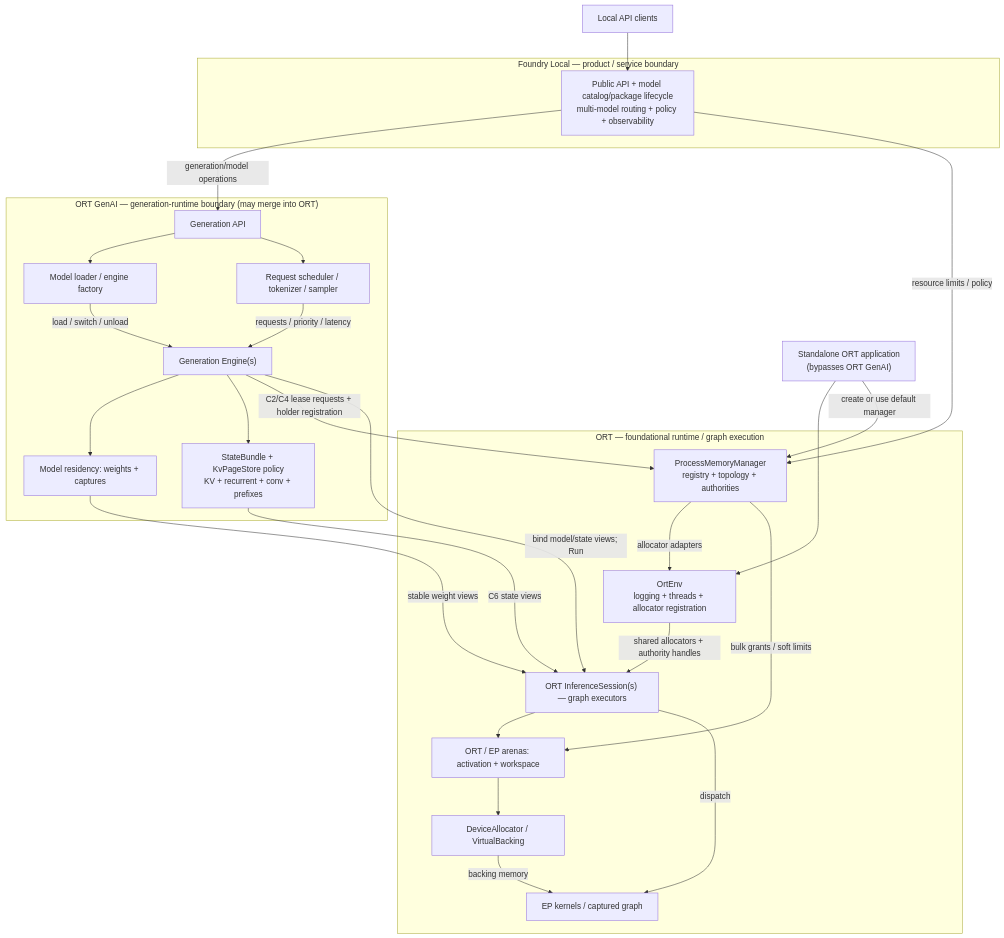
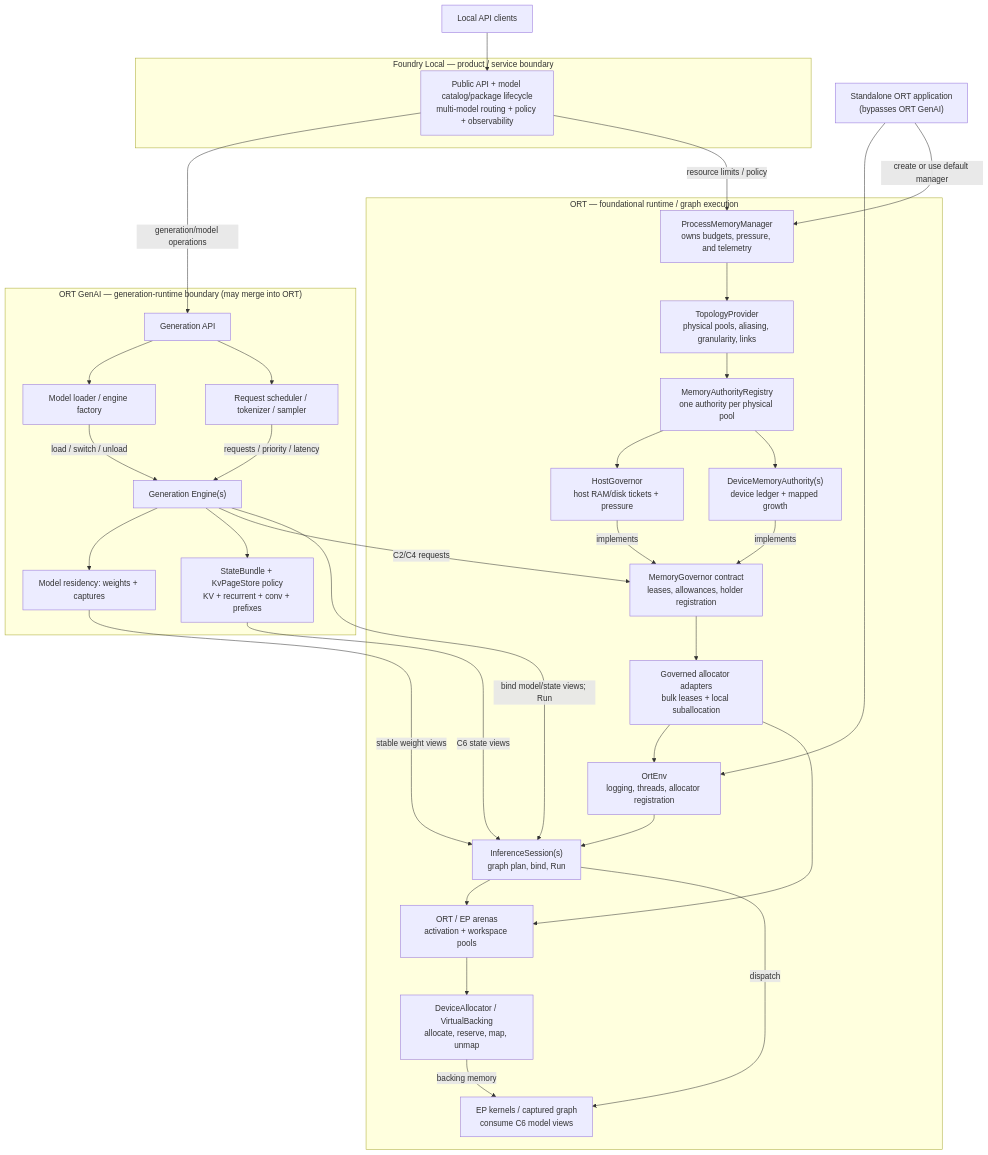
One commit to justinchuby/onnx-genai changed the diagram in docs/MEMORY_MANAGEMENT_MODEL_DESIGN.md. Above: the diagram before and after it, drawn with Mermaid. The commit also changed other lines of this file, not shown here.

Commit message:
docs: expose memory governance entities

````diff
--- a/docs/MEMORY_MANAGEMENT_MODEL_DESIGN.md
+++ b/docs/MEMORY_MANAGEMENT_MODEL_DESIGN.md
@@ -56,49 +56,62 @@
 ```mermaid
 flowchart TD
     Client["Local API clients"] --> Foundry
     Standalone["Standalone ORT application<br/>(bypasses ORT GenAI)"]
 
     subgraph Product["Foundry Local — product / service boundary"]
         Foundry["Public API + model catalog/package lifecycle<br/>multi-model routing + policy + observability"]
     end
 
     subgraph Generation["ORT GenAI — generation-runtime boundary (may merge into ORT)"]
         GenApi["Generation API"]
         ModelRuntime["Model loader / engine factory"]
         RequestRuntime["Request scheduler / tokenizer / sampler"]
         Engine["Generation Engine(s)"]
         Weights["Model residency: weights + captures"]
         State["StateBundle + KvPageStore policy<br/>KV + recurrent + conv + prefixes"]
         GenApi --> ModelRuntime
         GenApi --> RequestRuntime
         ModelRuntime -->|"load / switch / unload"| Engine
         RequestRuntime -->|"requests / priority / latency"| Engine
         Engine --> Weights
         Engine --> State
     end
 
     subgraph ORTCore["ORT — foundational runtime / graph execution"]
-        Memory["ProcessMemoryManager<br/>registry + topology + authorities"]
-        Env["OrtEnv<br/>logging + threads + allocator registration"]
-        Session["ORT InferenceSession(s) — graph executors"]
-        Arenas["ORT / EP arenas: activation + workspace"]
-        Allocators["DeviceAllocator / VirtualBacking"]
-        Kernels["EP kernels / captured graph"]
-        Memory -->|"allocator adapters"| Env
-        Env -->|"shared allocators + authority handles"| Session
-        Memory -->|"bulk grants / soft limits"| Arenas
+        Memory["ProcessMemoryManager<br/>owns budgets, pressure, and telemetry"]
+        Topology["TopologyProvider<br/>physical pools, aliasing, granularity, links"]
+        Registry["MemoryAuthorityRegistry<br/>one authority per physical pool"]
+        Host["HostGovernor<br/>host RAM/disk tickets + pressure"]
+        Device["DeviceMemoryAuthority(s)<br/>device ledger + mapped growth"]
+        LeaseAPI["MemoryGovernor contract<br/>leases, allowances, holder registration"]
+        Adapters["Governed allocator adapters<br/>bulk leases + local suballocation"]
+        Env["OrtEnv<br/>logging, threads, allocator registration"]
+        Session["InferenceSession(s)<br/>graph plan, bind, Run"]
+        Arenas["ORT / EP arenas<br/>activation + workspace pools"]
+        Allocators["DeviceAllocator / VirtualBacking<br/>allocate, reserve, map, unmap"]
+        Kernels["EP kernels / captured graph<br/>consume C6 model views"]
+        Memory --> Topology
+        Topology --> Registry
+        Registry --> Host
+        Registry --> Device
+        Host -->|"implements"| LeaseAPI
+        Device -->|"implements"| LeaseAPI
+        LeaseAPI --> Adapters
+        Adapters --> Env
+        Env --> Session
+        Adapters --> Arenas
         Session --> Arenas
         Arenas --> Allocators
         Session -->|"dispatch"| Kernels
         Allocators -->|"backing memory"| Kernels
     end
 
     Foundry -->|"generation/model operations"| GenApi
     Foundry -->|"resource limits / policy"| Memory
     Standalone --> Env
     Standalone -->|"create or use default manager"| Memory
-    Engine -->|"C2/C4 lease requests + holder registration"| Memory
+    Engine -->|"C2/C4 requests"| LeaseAPI
     Engine -->|"bind model/state views; Run"| Session
     Weights -->|"stable weight views"| Session
     State -->|"C6 state views"| Session
 ```
````
